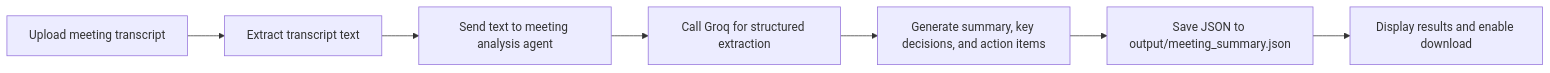
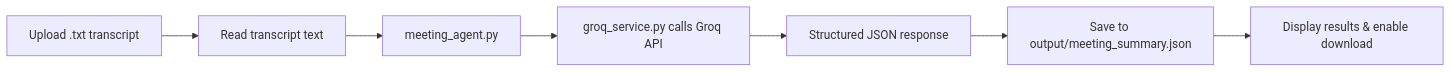
The diagram in README.md (saisanket232/meeting-notes-ai-agent), drawn with Mermaid before and after one commit. The commit also changed other lines of this file and 2 other files, not shown here.

First line of the commit message:
feat: overhaul FastAPI UI to match Streamlit layout and update README

````diff
--- a/README.md
+++ b/README.md
@@ -34,9 +34,9 @@
 ```mermaid
 flowchart LR
-	A[Upload meeting transcript] --> B[Extract transcript text]
-	B --> C[Send text to meeting analysis agent]
-	C --> D[Call Groq for structured extraction]
-	D --> E[Generate summary, key decisions, and action items]
-	E --> F[Save JSON to output/meeting_summary.json]
-	F --> G[Display results and enable download]
+    A[Upload .txt transcript] --> B[Read transcript text]
+    B --> C[meeting_agent.py]
+    C --> D[groq_service.py calls Groq API]
+    D --> E[Structured JSON response]
+    E --> F[Save to output/meeting_summary.json]
+    F --> G[Display results & enable download]
 ```
````
